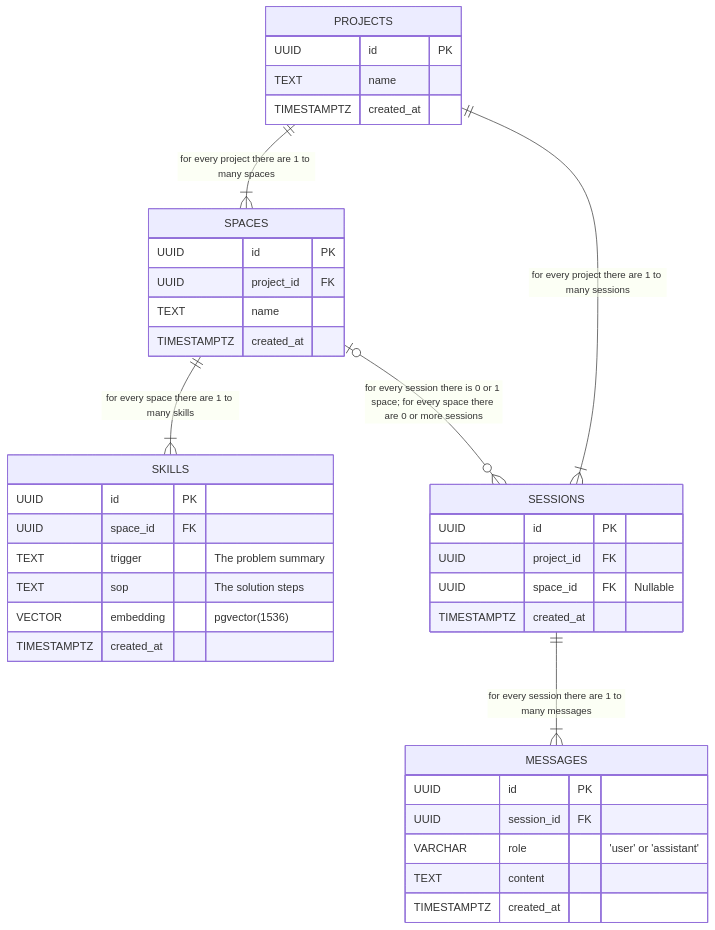
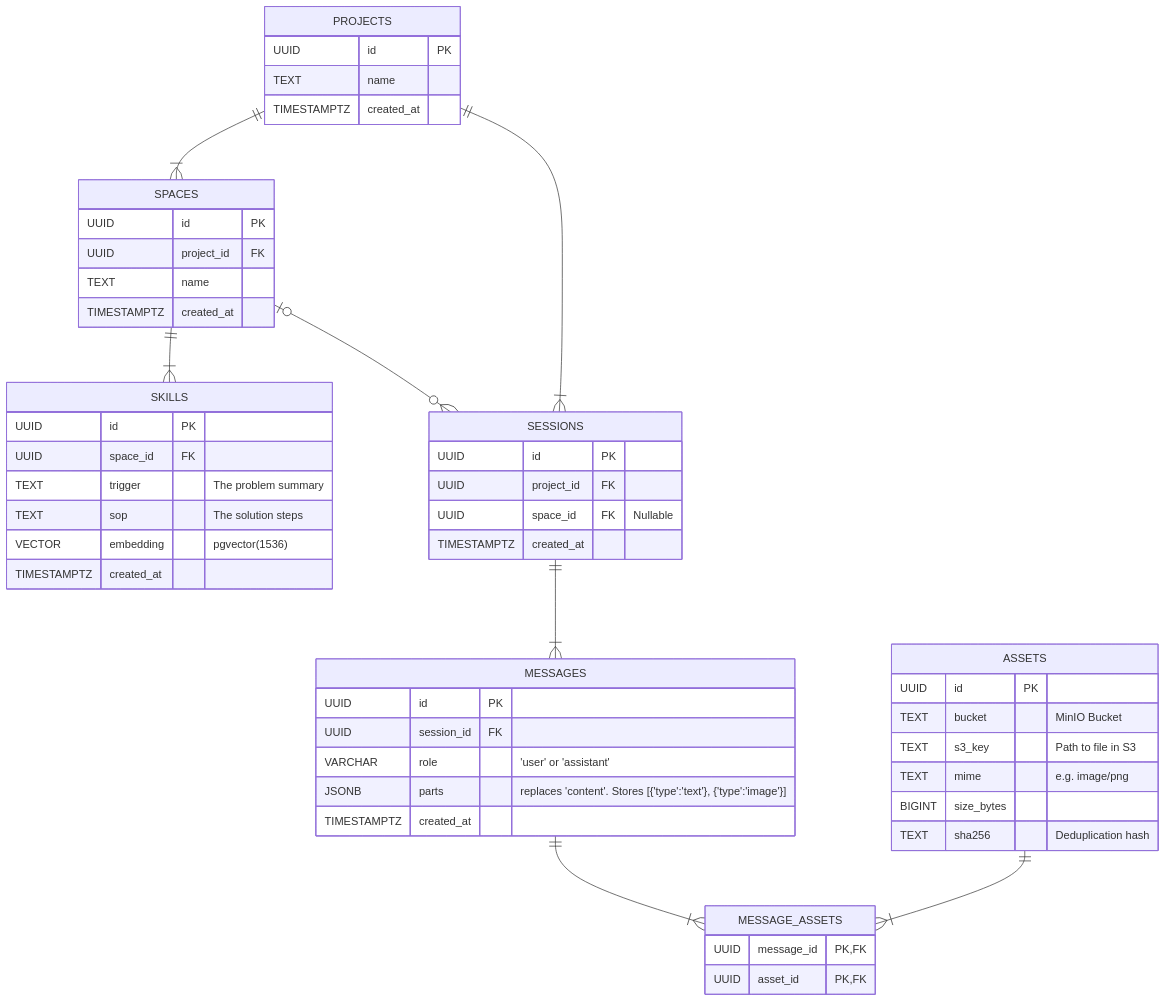
One commit to w-h-a/gomento changed the second of 2 diagrams in README.md. Above: the diagram before and after it, drawn with Mermaid. The commit also changed other lines of this file, not shown here.

````diff
--- a/README.md
+++ b/README.md
@@ -53,47 +59,64 @@
 ```mermaid
 erDiagram
     PROJECTS {
         UUID id PK
         TEXT name
         TIMESTAMPTZ created_at
     }
 
     SPACES {
         UUID id PK
         UUID project_id FK
         TEXT name
         TIMESTAMPTZ created_at
     }
 
     SKILLS {
         UUID id PK
         UUID space_id FK
         TEXT trigger "The problem summary"
         TEXT sop "The solution steps"
         VECTOR embedding "pgvector(1536)"
         TIMESTAMPTZ created_at
     }
 
     SESSIONS {
         UUID id PK
         UUID project_id FK
         UUID space_id FK "Nullable"
         TIMESTAMPTZ created_at
     }
 
     MESSAGES {
         UUID id PK
         UUID session_id FK
         VARCHAR role "'user' or 'assistant'"
-        TEXT content
+        JSONB parts "replaces 'content'. Stores [{'type':'text'}, {'type':'image'}]"
         TIMESTAMPTZ created_at
     }
 
-    PROJECTS ||--|{ SPACES : "for every project there are 1 to many spaces"
-    PROJECTS ||--|{ SESSIONS : "for every project there are 1 to many sessions"
+    ASSETS {
+        UUID id PK
+        TEXT bucket "MinIO Bucket"
+        TEXT s3_key "Path to file in S3"
+        TEXT mime "e.g. image/png"
+        BIGINT size_bytes
+        TEXT sha256 "Deduplication hash"
+    }
+
+    MESSAGE_ASSETS {
+        UUID message_id PK, FK
+        UUID asset_id PK, FK
+    }
+
+    PROJECTS ||--|{ SPACES : ""
+    PROJECTS ||--|{ SESSIONS : ""
     
-    SPACES ||--|{ SKILLS : "for every space there are 1 to many skills"
-    SPACES |o--o{ SESSIONS : "for every session there is 0 or 1 space; for every space there are 0 or more sessions"
+    SPACES ||--|{ SKILLS : ""
+    SPACES |o--o{ SESSIONS : ""
     
-    SESSIONS ||--|{ MESSAGES : "for every session there are 1 to many messages"
+    SESSIONS ||--|{ MESSAGES : ""
+
+    MESSAGES ||--|{ MESSAGE_ASSETS : ""
+    ASSETS ||--|{ MESSAGE_ASSETS : ""
 ```
````
